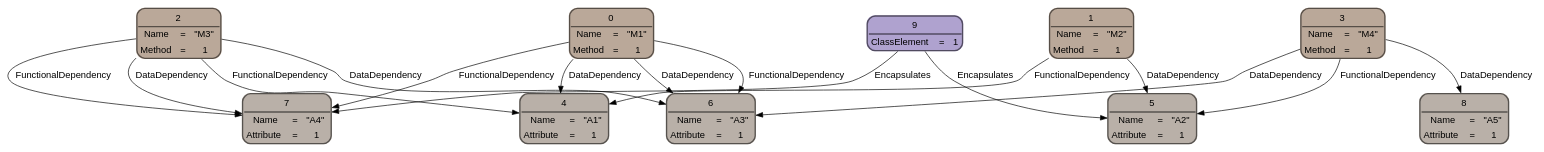
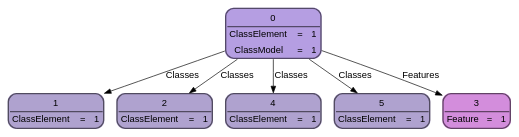
The diagram in subprojects/store-dse/test_output/9.dot (fdominik98/refinery), drawn with Graphviz before and after one commit. The commit also changed 1918 other files, not shown here.

```diff
--- a/subprojects/store-dse/test_output/9.dot
+++ b/subprojects/store-dse/test_output/9.dot
@@ -1,166 +1,80 @@
 digraph model {
 node [
 	style="filled, rounded"
 	shape=plain
 	pencolor="#00000088"
 	fontname="Helvetica"
 ]
 edge [
 	labeldistance=3
 	fontname="Helvetica"
 ]
-2 -> 4 [
+0 -> 1 [
 	style=solid
 	color=black
 	fontcolor=black
-	label="FunctionalDependency"]
-3 -> 5 [
+	label="Classes"]
+0 -> 2 [
 	style=solid
 	color=black
 	fontcolor=black
-	label="FunctionalDependency"]
-1 -> 4 [
-	style=solid
-	color=black
-	fontcolor=black
-	label="FunctionalDependency"]
-2 -> 7 [
-	style=solid
-	color=black
-	fontcolor=black
-	label="FunctionalDependency"]
-0 -> 6 [
-	style=solid
-	color=black
-	fontcolor=black
-	label="FunctionalDependency"]
-0 -> 7 [
-	style=solid
-	color=black
-	fontcolor=black
-	label="FunctionalDependency"]
-9 -> 5 [
-	style=solid
-	color=black
-	fontcolor=black
-	label="Encapsulates"]
-9 -> 7 [
-	style=solid
-	color=black
-	fontcolor=black
-	label="Encapsulates"]
-3 -> 6 [
-	style=solid
-	color=black
-	fontcolor=black
-	label="DataDependency"]
+	label="Classes"]
 0 -> 4 [
 	style=solid
 	color=black
 	fontcolor=black
-	label="DataDependency"]
-1 -> 5 [
+	label="Classes"]
+0 -> 5 [
 	style=solid
 	color=black
 	fontcolor=black
-	label="DataDependency"]
-2 -> 6 [
+	label="Classes"]
+0 -> 3 [
 	style=solid
 	color=black
 	fontcolor=black
-	label="DataDependency"]
-2 -> 7 [
-	style=solid
-	color=black
-	fontcolor=black
-	label="DataDependency"]
-3 -> 8 [
-	style=solid
-	color=black
-	fontcolor=black
-	label="DataDependency"]
-0 -> 6 [
-	style=solid
-	color=black
-	fontcolor=black
-	label="DataDependency"]
+	label="Features"]
 1 [
-	fillcolor="#baa899"
+	fillcolor="#afa2cf"
 	label=<<TABLE CELLSPACING="0" BORDER="2" CELLBORDER="0" CELLPADDING="4" STYLE="ROUNDED">
 		<TR><TD COLSPAN="3" BORDER="2" SIDES="B">1</TD></TR>
-		<TR><TD><FONT COLOR="black">Name</FONT></TD><TD><FONT COLOR="black">=</FONT></TD><TD><FONT COLOR="black">"M2"</FONT></TD></TR>
-		<TR><TD><FONT COLOR="black">Method</FONT></TD><TD><FONT COLOR="black">=</FONT></TD><TD><FONT COLOR="black">1</FONT></TD></TR>
+		<TR><TD><FONT COLOR="black">ClassElement</FONT></TD><TD><FONT COLOR="black">=</FONT></TD><TD><FONT COLOR="black">1</FONT></TD></TR>
 		</TABLE>>
 ]
 2 [
-	fillcolor="#baa899"
+	fillcolor="#afa2cf"
 	label=<<TABLE CELLSPACING="0" BORDER="2" CELLBORDER="0" CELLPADDING="4" STYLE="ROUNDED">
 		<TR><TD COLSPAN="3" BORDER="2" SIDES="B">2</TD></TR>
-		<TR><TD><FONT COLOR="black">Name</FONT></TD><TD><FONT COLOR="black">=</FONT></TD><TD><FONT COLOR="black">"M3"</FONT></TD></TR>
-		<TR><TD><FONT COLOR="black">Method</FONT></TD><TD><FONT COLOR="black">=</FONT></TD><TD><FONT COLOR="black">1</FONT></TD></TR>
+		<TR><TD><FONT COLOR="black">ClassElement</FONT></TD><TD><FONT COLOR="black">=</FONT></TD><TD><FONT COLOR="black">1</FONT></TD></TR>
 		</TABLE>>
 ]
 3 [
-	fillcolor="#baa899"
+	fillcolor="#d38ddc"
 	label=<<TABLE CELLSPACING="0" BORDER="2" CELLBORDER="0" CELLPADDING="4" STYLE="ROUNDED">
 		<TR><TD COLSPAN="3" BORDER="2" SIDES="B">3</TD></TR>
-		<TR><TD><FONT COLOR="black">Name</FONT></TD><TD><FONT COLOR="black">=</FONT></TD><TD><FONT COLOR="black">"M4"</FONT></TD></TR>
-		<TR><TD><FONT COLOR="black">Method</FONT></TD><TD><FONT COLOR="black">=</FONT></TD><TD><FONT COLOR="black">1</FONT></TD></TR>
+		<TR><TD><FONT COLOR="black">Feature</FONT></TD><TD><FONT COLOR="black">=</FONT></TD><TD><FONT COLOR="black">1</FONT></TD></TR>
 		</TABLE>>
 ]
 4 [
-	fillcolor="#b9b0a8"
+	fillcolor="#afa2cf"
 	label=<<TABLE CELLSPACING="0" BORDER="2" CELLBORDER="0" CELLPADDING="4" STYLE="ROUNDED">
 		<TR><TD COLSPAN="3" BORDER="2" SIDES="B">4</TD></TR>
-		<TR><TD><FONT COLOR="black">Name</FONT></TD><TD><FONT COLOR="black">=</FONT></TD><TD><FONT COLOR="black">"A1"</FONT></TD></TR>
-		<TR><TD><FONT COLOR="black">Attribute</FONT></TD><TD><FONT COLOR="black">=</FONT></TD><TD><FONT COLOR="black">1</FONT></TD></TR>
+		<TR><TD><FONT COLOR="black">ClassElement</FONT></TD><TD><FONT COLOR="black">=</FONT></TD><TD><FONT COLOR="black">1</FONT></TD></TR>
 		</TABLE>>
 ]
 5 [
-	fillcolor="#b9b0a8"
+	fillcolor="#afa2cf"
 	label=<<TABLE CELLSPACING="0" BORDER="2" CELLBORDER="0" CELLPADDING="4" STYLE="ROUNDED">
 		<TR><TD COLSPAN="3" BORDER="2" SIDES="B">5</TD></TR>
-		<TR><TD><FONT COLOR="black">Name</FONT></TD><TD><FONT COLOR="black">=</FONT></TD><TD><FONT COLOR="black">"A2"</FONT></TD></TR>
-		<TR><TD><FONT COLOR="black">Attribute</FONT></TD><TD><FONT COLOR="black">=</FONT></TD><TD><FONT COLOR="black">1</FONT></TD></TR>
-		</TABLE>>
-]
-6 [
-	fillcolor="#b9b0a8"
-	label=<<TABLE CELLSPACING="0" BORDER="2" CELLBORDER="0" CELLPADDING="4" STYLE="ROUNDED">
-		<TR><TD COLSPAN="3" BORDER="2" SIDES="B">6</TD></TR>
-		<TR><TD><FONT COLOR="black">Name</FONT></TD><TD><FONT COLOR="black">=</FONT></TD><TD><FONT COLOR="black">"A3"</FONT></TD></TR>
-		<TR><TD><FONT COLOR="black">Attribute</FONT></TD><TD><FONT COLOR="black">=</FONT></TD><TD><FONT COLOR="black">1</FONT></TD></TR>
-		</TABLE>>
-]
-7 [
-	fillcolor="#b9b0a8"
-	label=<<TABLE CELLSPACING="0" BORDER="2" CELLBORDER="0" CELLPADDING="4" STYLE="ROUNDED">
-		<TR><TD COLSPAN="3" BORDER="2" SIDES="B">7</TD></TR>
-		<TR><TD><FONT COLOR="black">Name</FONT></TD><TD><FONT COLOR="black">=</FONT></TD><TD><FONT COLOR="black">"A4"</FONT></TD></TR>
-		<TR><TD><FONT COLOR="black">Attribute</FONT></TD><TD><FONT COLOR="black">=</FONT></TD><TD><FONT COLOR="black">1</FONT></TD></TR>
-		</TABLE>>
-]
-8 [
-	fillcolor="#b9b0a8"
-	label=<<TABLE CELLSPACING="0" BORDER="2" CELLBORDER="0" CELLPADDING="4" STYLE="ROUNDED">
-		<TR><TD COLSPAN="3" BORDER="2" SIDES="B">8</TD></TR>
-		<TR><TD><FONT COLOR="black">Name</FONT></TD><TD><FONT COLOR="black">=</FONT></TD><TD><FONT COLOR="black">"A5"</FONT></TD></TR>
-		<TR><TD><FONT COLOR="black">Attribute</FONT></TD><TD><FONT COLOR="black">=</FONT></TD><TD><FONT COLOR="black">1</FONT></TD></TR>
-		</TABLE>>
-]
-9 [
-	fillcolor="#afa2cf"
-	label=<<TABLE CELLSPACING="0" BORDER="2" CELLBORDER="0" CELLPADDING="4" STYLE="ROUNDED">
-		<TR><TD COLSPAN="3" BORDER="2" SIDES="B">9</TD></TR>
 		<TR><TD><FONT COLOR="black">ClassElement</FONT></TD><TD><FONT COLOR="black">=</FONT></TD><TD><FONT COLOR="black">1</FONT></TD></TR>
 		</TABLE>>
 ]
 0 [
-	fillcolor="#baa899"
+	fillcolor="#b59ee2"
 	label=<<TABLE CELLSPACING="0" BORDER="2" CELLBORDER="0" CELLPADDING="4" STYLE="ROUNDED">
 		<TR><TD COLSPAN="3" BORDER="2" SIDES="B">0</TD></TR>
-		<TR><TD><FONT COLOR="black">Name</FONT></TD><TD><FONT COLOR="black">=</FONT></TD><TD><FONT COLOR="black">"M1"</FONT></TD></TR>
-		<TR><TD><FONT COLOR="black">Method</FONT></TD><TD><FONT COLOR="black">=</FONT></TD><TD><FONT COLOR="black">1</FONT></TD></TR>
+		<TR><TD><FONT COLOR="black">ClassElement</FONT></TD><TD><FONT COLOR="black">=</FONT></TD><TD><FONT COLOR="black">1</FONT></TD></TR>
+		<TR><TD><FONT COLOR="black">ClassModel</FONT></TD><TD><FONT COLOR="black">=</FONT></TD><TD><FONT COLOR="black">1</FONT></TD></TR>
 		</TABLE>>
 ]
 }
```
